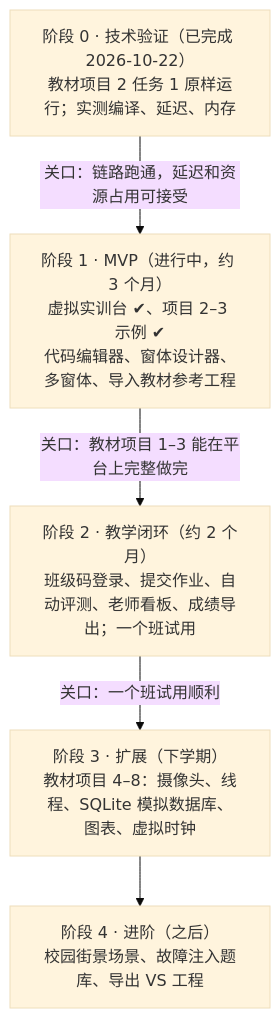
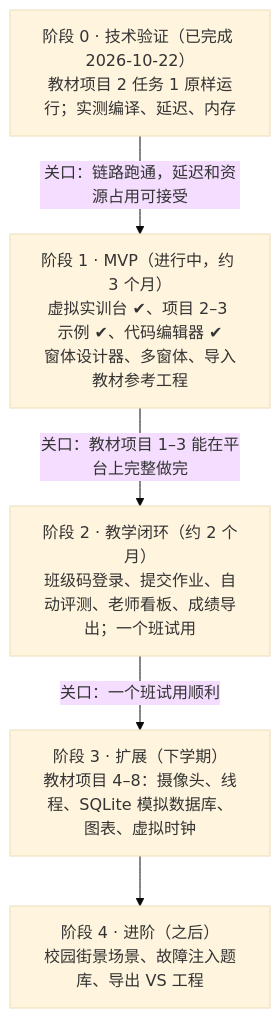
The second of 2 diagrams in docs/设计方案.md (yuetsh/IOT_SIM), drawn with Mermaid (base theme) before and after one commit. The commit also changed other lines of this file and 7 other files, not shown here.

````diff
--- a/docs/设计方案.md
+++ b/docs/设计方案.md
@@ -227,12 +227,12 @@
 ```mermaid
 flowchart TB
   P0["阶段 0 · 技术验证（已完成 2026-10-22）<br/>教材项目 2 任务 1 原样运行；实测编译、延迟、内存"]
-  P1["阶段 1 · MVP（进行中，约 3 个月）<br/>虚拟实训台 ✔、项目 2–3 示例 ✔<br/>代码编辑器、窗体设计器、多窗体、导入教材参考工程"]
+  P1["阶段 1 · MVP（进行中，约 3 个月）<br/>虚拟实训台 ✔、项目 2–3 示例 ✔、代码编辑器 ✔<br/>窗体设计器、多窗体、导入教材参考工程"]
   P2["阶段 2 · 教学闭环（约 2 个月）<br/>班级码登录、提交作业、自动评测、老师看板、成绩导出；一个班试用"]
   P3["阶段 3 · 扩展（下学期）<br/>教材项目 4–8：摄像头、线程、SQLite 模拟数据库、图表、虚拟时钟"]
   P4["阶段 4 · 进阶（之后）<br/>校园街景场景、故障注入题库、导出 VS 工程"]
   P0 -->|"关口：链路跑通，延迟和资源占用可接受"| P1
   P1 -->|"关口：教材项目 1–3 能在平台上完整做完"| P2
   P2 -->|"关口：一个班试用顺利"| P3
   P3 --> P4
 ```
````
